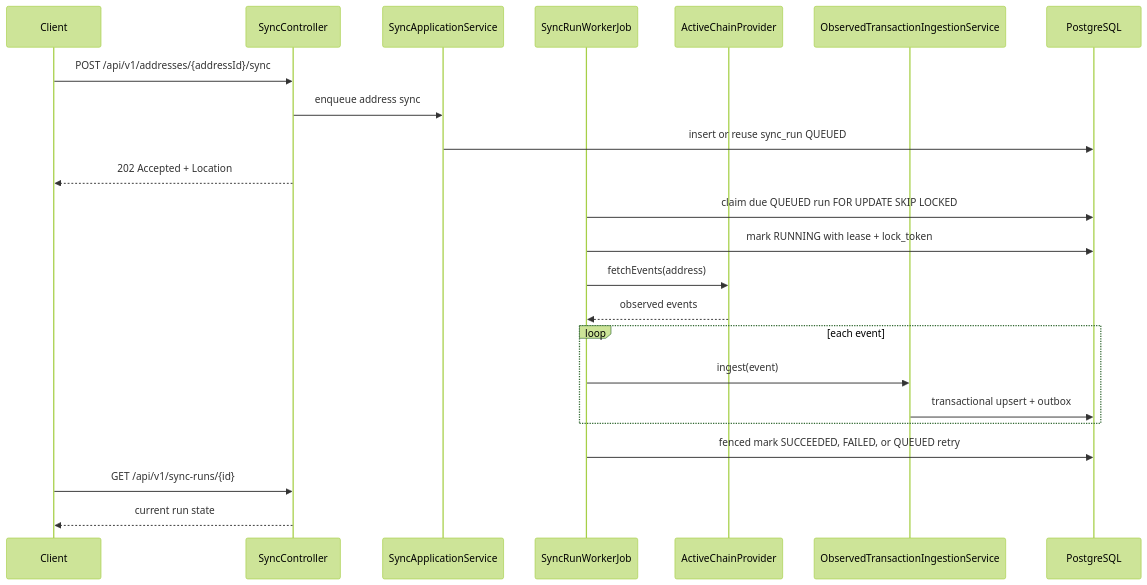
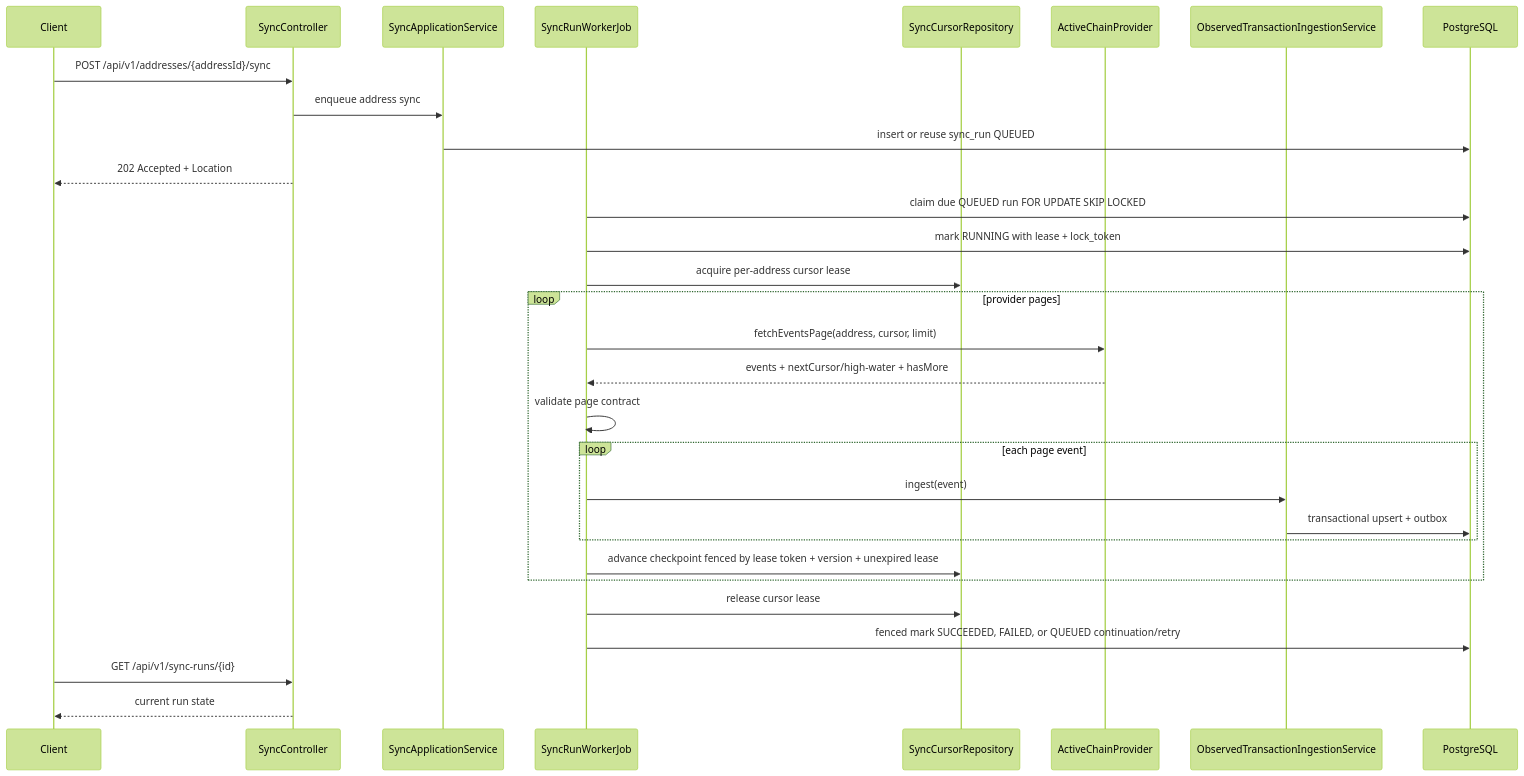
One commit to AsyncAssassin/asset-sync-service changed the second of 8 diagrams in docs/architecture.md. Above: the diagram before and after it, drawn with Mermaid (forest theme). The commit also changed other lines of this file and 30 other files, not shown here.

First line of the commit message:
Add paginated provider sync checkpoints

````diff
--- a/docs/architecture.md
+++ b/docs/architecture.md
@@ -146,26 +146,33 @@
 ```mermaid
 sequenceDiagram
     participant Client
     participant API as SyncController
     participant Sync as SyncApplicationService
     participant Worker as SyncRunWorkerJob
+    participant Cursor as SyncCursorRepository
     participant Provider as ActiveChainProvider
     participant Ingest as ObservedTransactionIngestionService
     participant DB as PostgreSQL
 
     Client->>API: POST /api/v1/addresses/{addressId}/sync
     API->>Sync: enqueue address sync
     Sync->>DB: insert or reuse sync_run QUEUED
     API-->>Client: 202 Accepted + Location
     Worker->>DB: claim due QUEUED run FOR UPDATE SKIP LOCKED
     Worker->>DB: mark RUNNING with lease + lock_token
-    Worker->>Provider: fetchEvents(address)
-    Provider-->>Worker: observed events
-    loop each event
-        Worker->>Ingest: ingest(event)
-        Ingest->>DB: transactional upsert + outbox
+    Worker->>Cursor: acquire per-address cursor lease
+    loop provider pages
+        Worker->>Provider: fetchEventsPage(address, cursor, limit)
+        Provider-->>Worker: events + nextCursor/high-water + hasMore
+        Worker->>Worker: validate page contract
+        loop each page event
+            Worker->>Ingest: ingest(event)
+            Ingest->>DB: transactional upsert + outbox
+        end
+        Worker->>Cursor: advance checkpoint fenced by lease token + version + unexpired lease
     end
-    Worker->>DB: fenced mark SUCCEEDED, FAILED, or QUEUED retry
+    Worker->>Cursor: release cursor lease
+    Worker->>DB: fenced mark SUCCEEDED, FAILED, or QUEUED continuation/retry
     Client->>API: GET /api/v1/sync-runs/{id}
     API-->>Client: current run state
 ```
````
